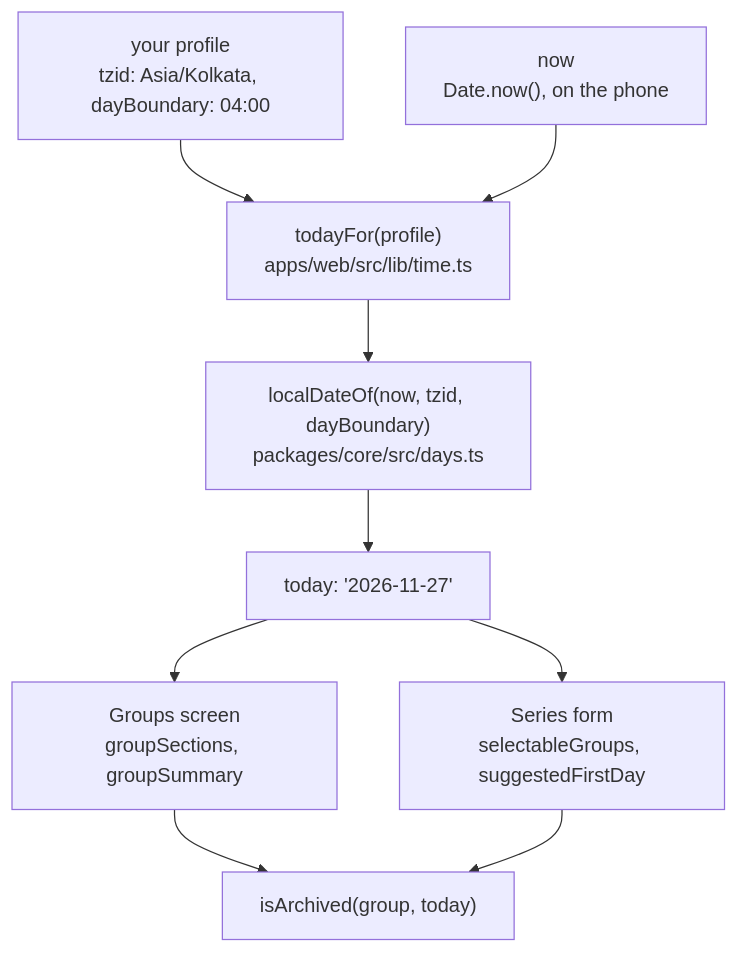
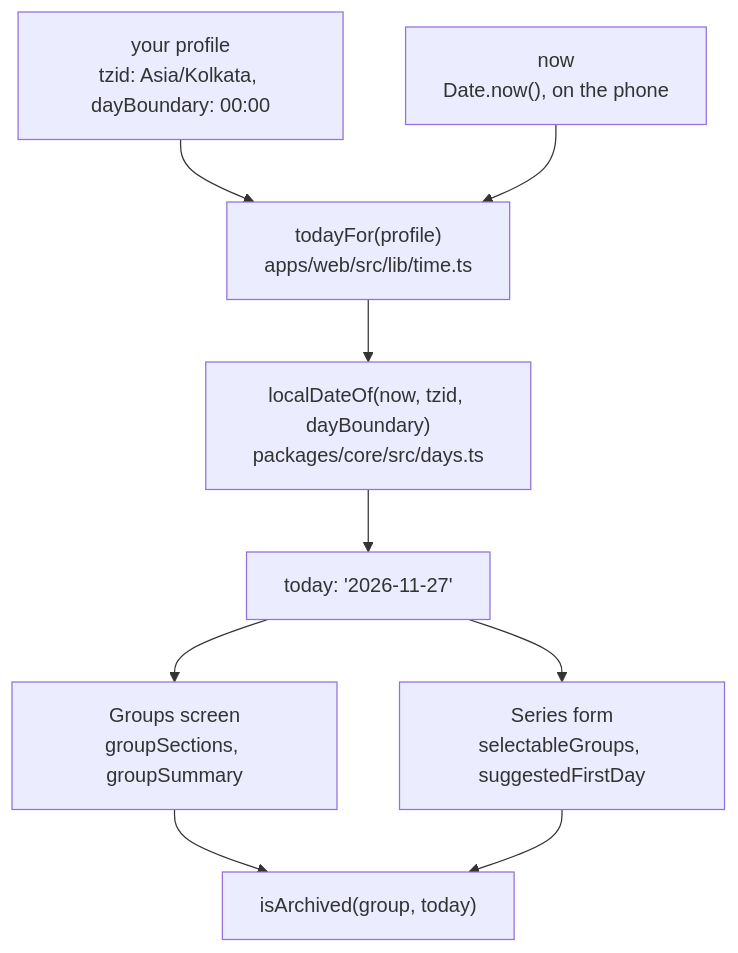
The diagram in vault/app/The user's day.md (SigniorAtif/Tasks), drawn with Mermaid before and after one commit. The commit also changed other lines of this file and 5 other files, not shown here.

````diff
--- a/vault/app/The user's day.md
+++ b/vault/app/The user's day.md
@@ -22,11 +24,11 @@
 ```mermaid
 flowchart TD
-  profile["your profile<br/>tzid: Asia/Kolkata, dayBoundary: 04:00"] --> todayFor["todayFor(profile)<br/>apps/web/src/lib/time.ts"]
+  profile["your profile<br/>tzid: Asia/Kolkata, dayBoundary: 00:00"] --> todayFor["todayFor(profile)<br/>apps/web/src/lib/time.ts"]
   now["now<br/>Date.now(), on the phone"] --> todayFor
   todayFor --> local["localDateOf(now, tzid, dayBoundary)<br/>packages/core/src/days.ts"]
   local --> today["today: '2026-11-27'"]
   today --> sections["Groups screen<br/>groupSections, groupSummary"]
   today --> select["Series form<br/>selectableGroups, suggestedFirstDay"]
   sections --> archived["isArchived(group, today)"]
   select --> archived
 ```
````
